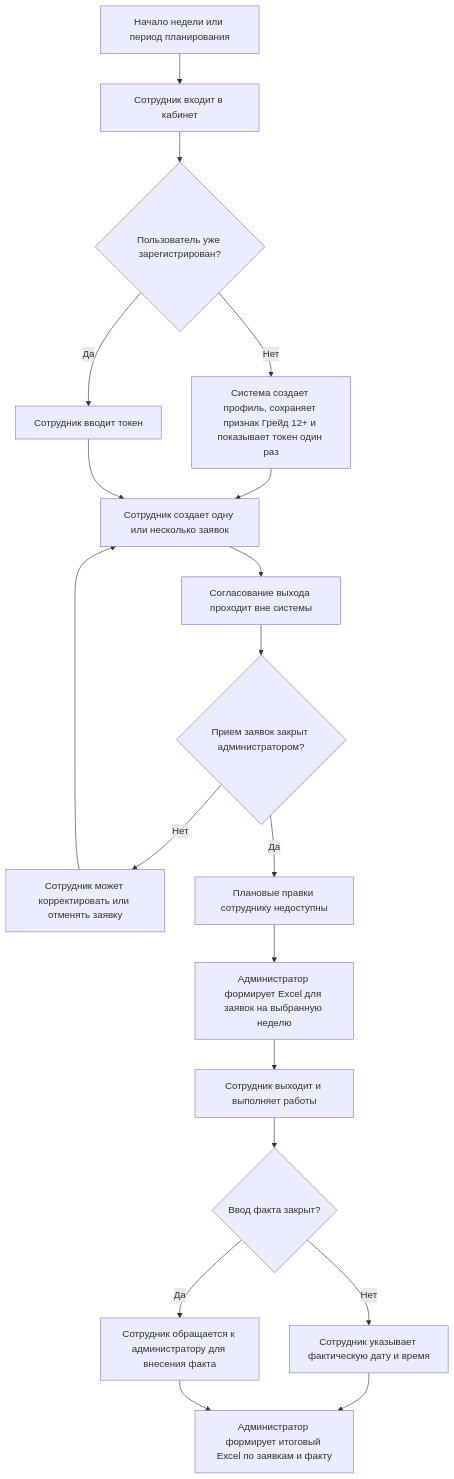
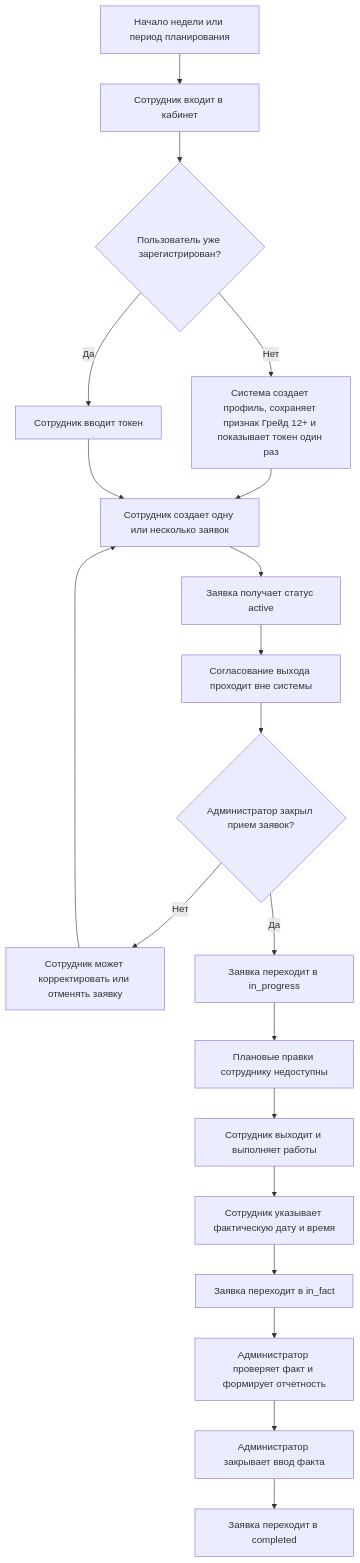
Before and after one commit to travinov/work-on-holiday-web-ui: the second of 9 diagrams in docs/workflows/employee-admin-workflows.md, drawn with Mermaid. The commit also changed other lines of this file and 5 other files, not shown here.

````diff
--- a/docs/workflows/employee-admin-workflows.md
+++ b/docs/workflows/employee-admin-workflows.md
@@ -35,21 +63,22 @@
 ```mermaid
 flowchart TD
     A["Начало недели или период планирования"] --> B["Сотрудник входит в кабинет"]
     B --> C{"Пользователь уже зарегистрирован?"}
     C -- "Нет" --> D["Система создает профиль, сохраняет признак Грейд 12+ и показывает токен один раз"]
     C -- "Да" --> E["Сотрудник вводит токен"]
     D --> F["Сотрудник создает одну или несколько заявок"]
     E --> F
-    F --> G["Согласование выхода проходит вне системы"]
-    G --> H{"Прием заявок закрыт администратором?"}
-    H -- "Нет" --> I["Сотрудник может корректировать или отменять заявку"]
-    I --> F
-    H -- "Да" --> J["Плановые правки сотруднику недоступны"]
-    J --> K["Администратор формирует Excel для заявок на выбранную неделю"]
-    K --> L["Сотрудник выходит и выполняет работы"]
-    L --> M{"Ввод факта закрыт?"}
-    M -- "Нет" --> N["Сотрудник указывает фактическую дату и время"]
-    M -- "Да" --> O["Сотрудник обращается к администратору для внесения факта"]
-    N --> P["Администратор формирует итоговый Excel по заявкам и факту"]
-    O --> P
+    F --> G["Заявка получает статус active"]
+    G --> H["Согласование выхода проходит вне системы"]
+    H --> I{"Администратор закрыл прием заявок?"}
+    I -- "Нет" --> J["Сотрудник может корректировать или отменять заявку"]
+    J --> F
+    I -- "Да" --> K["Заявка переходит в in_progress"]
+    K --> L["Плановые правки сотруднику недоступны"]
+    L --> M["Сотрудник выходит и выполняет работы"]
+    M --> N["Сотрудник указывает фактическую дату и время"]
+    N --> O["Заявка переходит в in_fact"]
+    O --> P["Администратор проверяет факт и формирует отчетность"]
+    P --> Q["Администратор закрывает ввод факта"]
+    Q --> R["Заявка переходит в completed"]
 ```
````
